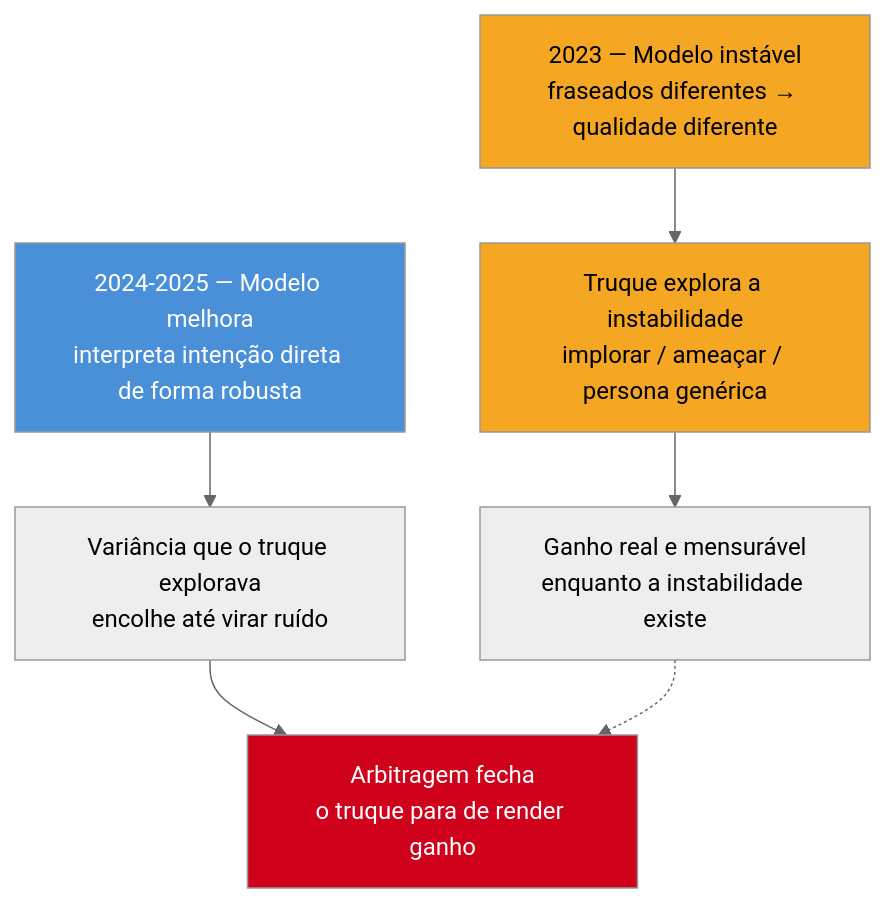
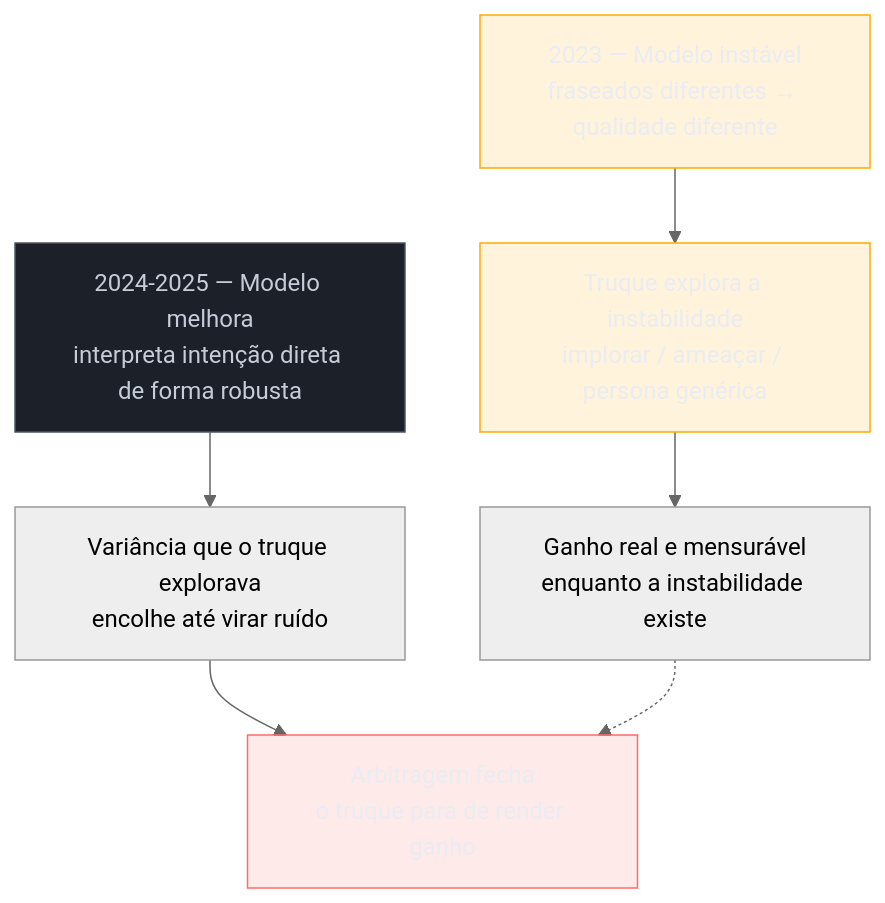
The first of 2 diagrams in 03-Dominios/Tecnologia/IA/Evolução da Engenharia de IA/02 - Prompt engineering — o que morreu e o que sobrou.md (josenaldo/codex-technomanticus), drawn with Mermaid (neutral theme) before and after one commit. The commit also changed other lines of this file and 1181 other files, not shown here.

First line of the commit message:
fix(diagramas): paleta do sistema no lugar de cor cravada no markdown

````diff
--- a/03-Dominios/Tecnologia/IA/Evolução da Engenharia de IA/02 - Prompt engineering — o que morreu e o que sobrou.md
+++ b/03-Dominios/Tecnologia/IA/Evolução da Engenharia de IA/02 - Prompt engineering — o que morreu e o que sobrou.md
@@ -93,13 +93,16 @@
 ```mermaid
 graph TD
+    classDef destaque fill:#FFAA0024,stroke:#FFAA00,color:#E9ECF2
+    classDef neutro fill:#1B2029,stroke:#4E5666,color:#C6CCD8
+    classDef falha fill:#FF6B6B24,stroke:#FF6B6B,color:#E9ECF2
     A["2023 — Modelo instável<br/>fraseados diferentes → qualidade diferente"] --> B["Truque explora a instabilidade<br/>implorar / ameaçar / persona genérica"]
     B --> C["Ganho real e mensurável<br/>enquanto a instabilidade existe"]
     D["2024-2025 — Modelo melhora<br/>interpreta intenção direta de forma robusta"] --> E["Variância que o truque explorava<br/>encolhe até virar ruído"]
     E --> F["Arbitragem fecha<br/>o truque para de render ganho"]
     C -.-> F
 
-    style A fill:#F5A623,color:#000
-    style B fill:#F5A623,color:#000
-    style D fill:#4A90D9,color:#fff
-    style F fill:#D0021B,color:#fff
+    class A destaque
+    class B destaque
+    class D neutro
+    class F falha
 ```
````
